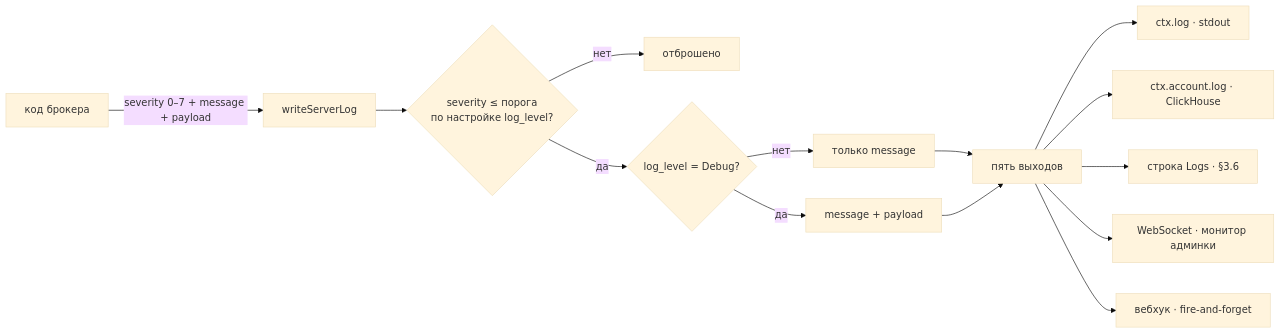
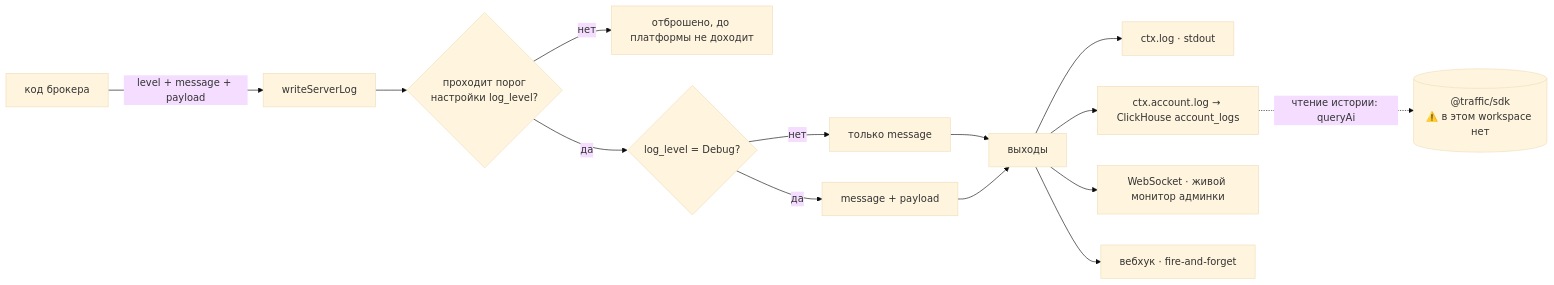
Before and after one commit to andrey-khudoley/Chatium: the fourth of 10 diagrams in s.chtm.khudoley.pro/p/units/aley/bpm/core/docs/spec/spec-map.md, drawn with Mermaid (base theme). The commit also changed other lines of this file and 1 other file, not shown here.

Commit message:
docs(aley/bpm/core): логи из Heap в ClickHouse
ctx.account.log всё это время писал в chatium_ai.account_logs — собственная
Heap-таблица Logs была вторым экземпляром тех же данных.

- §3.6 (таблица Logs) удалён целиком
- §5.10 переписан под ClickHouse: раскладка по колонкам account_logs
  (msg/json_str/kv/level/ts64), четыре выхода вместо пяти
- syslog-шкала 0-7 заменена платформенными уровнями: своя потребовала бы
  отображения при записи и разбора при чтении без выигрыша, а брокеру
  хватает error/warn/info/debug
- §5.9.5: severity-числа в кодах ошибок заменены уровнями

Что это снимает: лимит 1 млн строк, retention для журнала, который пишется
на каждый шаг, и расход самой быстрорастущей таблицы проекта. Пункт про
retention логов из §0.1 удалён.

Чем платим — и это записано прямо в §5.10.5: чтение истории возможно только
через queryAi из @traffic/sdk, а модуля в этом workspace нет (ни в
node_modules, ни в package.json, ни в @app/types/modules.d.ts).
queryAccountLogs/listAccountLogs объявлены, но падают в runtime. Пока не
решено — админ-страница логов с поиском невозможна, остаются /s/dev/logs
и живой монитор через WebSocket. Пункт §0.1 переформулирован под это.

````diff
--- a/s.chtm.khudoley.pro/p/units/aley/bpm/core/docs/spec/spec-map.md
+++ b/s.chtm.khudoley.pro/p/units/aley/bpm/core/docs/spec/spec-map.md
@@ -155,16 +155,16 @@
 ```mermaid
 flowchart LR
-  C["код брокера"] -->|"severity 0–7 + message + payload"| W["writeServerLog"]
-  W --> G{"severity ≤ порога<br/>по настройке log_level?"}
-  G -->|"нет"| X["отброшено"]
+  C["код брокера"] -->|"level + message + payload"| W["writeServerLog"]
+  W --> G{"проходит порог<br/>настройки log_level?"}
+  G -->|"нет"| X["отброшено, до платформы не доходит"]
   G -->|"да"| P{"log_level = Debug?"}
   P -->|"нет"| M["только message"]
   P -->|"да"| MP["message + payload"]
   M --> O
   MP --> O
-  O["пять выходов"] --> O1["ctx.log · stdout"]
-  O --> O2["ctx.account.log · ClickHouse"]
-  O --> O3["строка Logs · §3.6"]
-  O --> O4["WebSocket · монитор админки"]
-  O --> O5["вебхук · fire-and-forget"]
+  O["выходы"] --> O1["ctx.log · stdout"]
+  O --> O2["ctx.account.log → ClickHouse account_logs"]
+  O --> O3["WebSocket · живой монитор админки"]
+  O --> O4["вебхук · fire-and-forget"]
+  O2 -.->|"чтение истории: queryAi"| Q[("@traffic/sdk<br/>⚠️ в этом workspace нет")]
 ```
````
